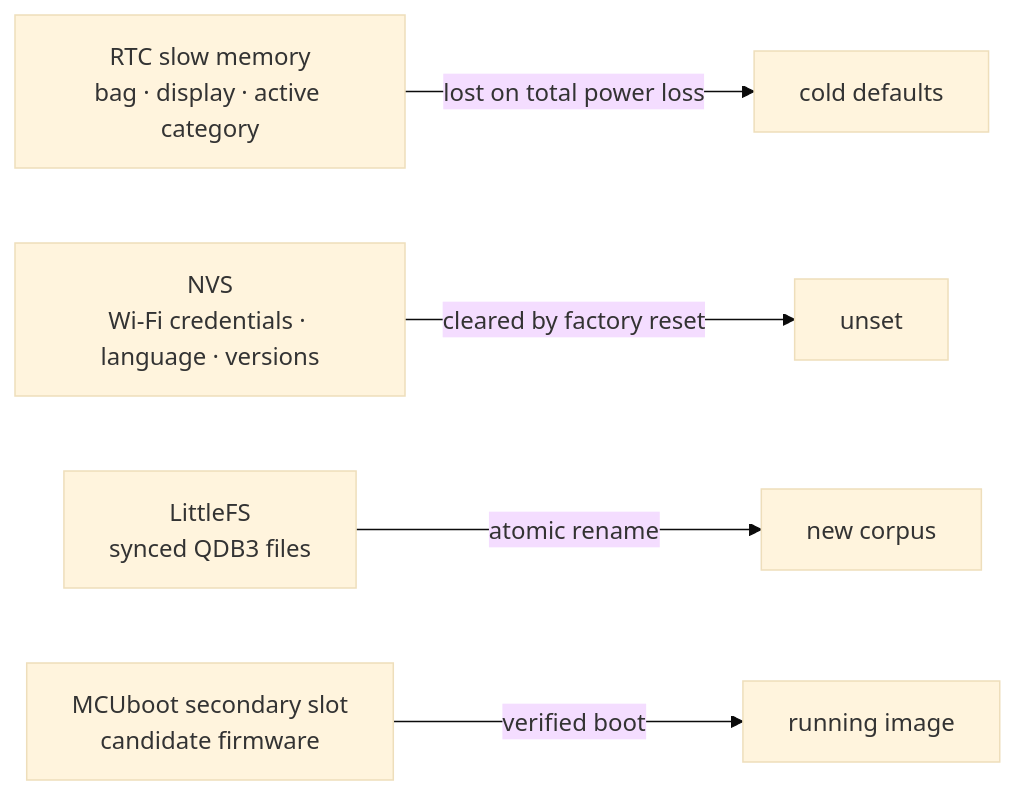
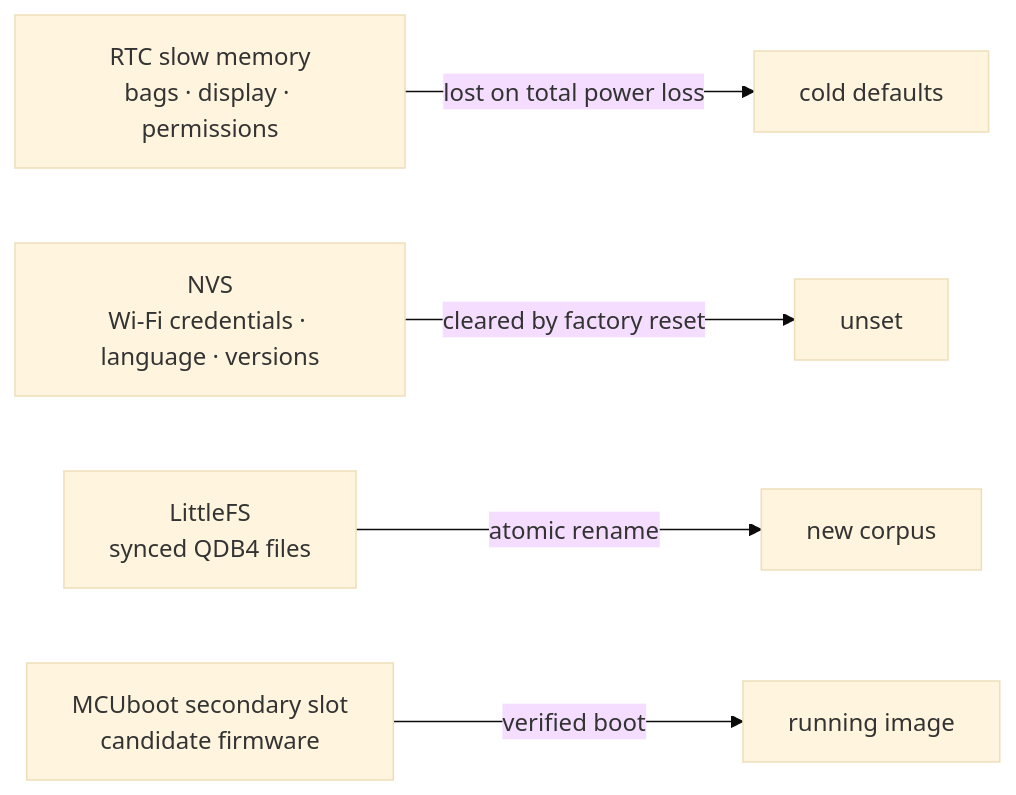
One commit to giacomomellone/cicala changed the seventh of 8 diagrams in docs/firmware_architecture.md. Above: the diagram before and after it, drawn with Mermaid (base theme). The commit also changed other lines of this file and 102 other files, not shown here.

````diff
--- a/docs/firmware_architecture.md
+++ b/docs/firmware_architecture.md
@@ -385,7 +363,7 @@
 ```mermaid
 flowchart LR
-    RTC[RTC slow memory<br/>bag · display · active category] -->|lost on total power loss| COLD[cold defaults]
+    RTC[RTC slow memory<br/>bags · display · permissions] -->|lost on total power loss| COLD[cold defaults]
     NVS[NVS<br/>Wi-Fi credentials · language · versions] -->|cleared by factory reset| EMPTY[unset]
-    LFS[LittleFS<br/>synced QDB3 files] -->|atomic rename| NEW[new corpus]
+    LFS[LittleFS<br/>synced QDB4 files] -->|atomic rename| NEW[new corpus]
     SLOT[MCUboot secondary slot<br/>candidate firmware] -->|verified boot| APP[running image]
 ```
````
